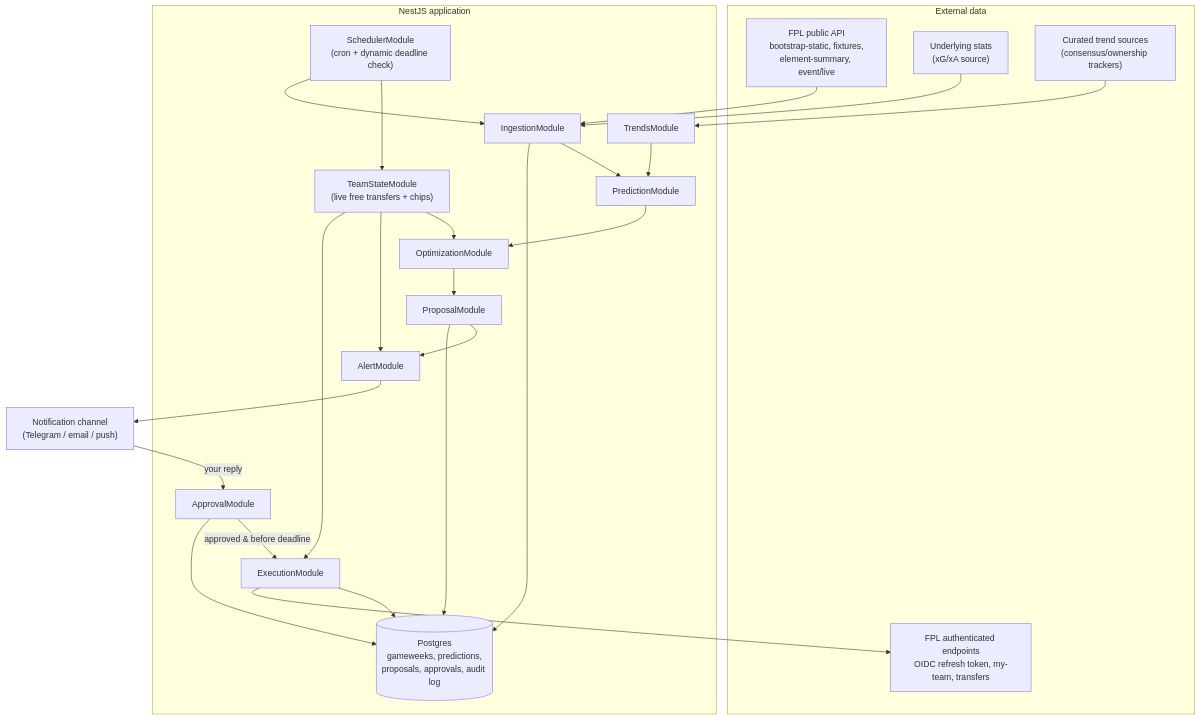
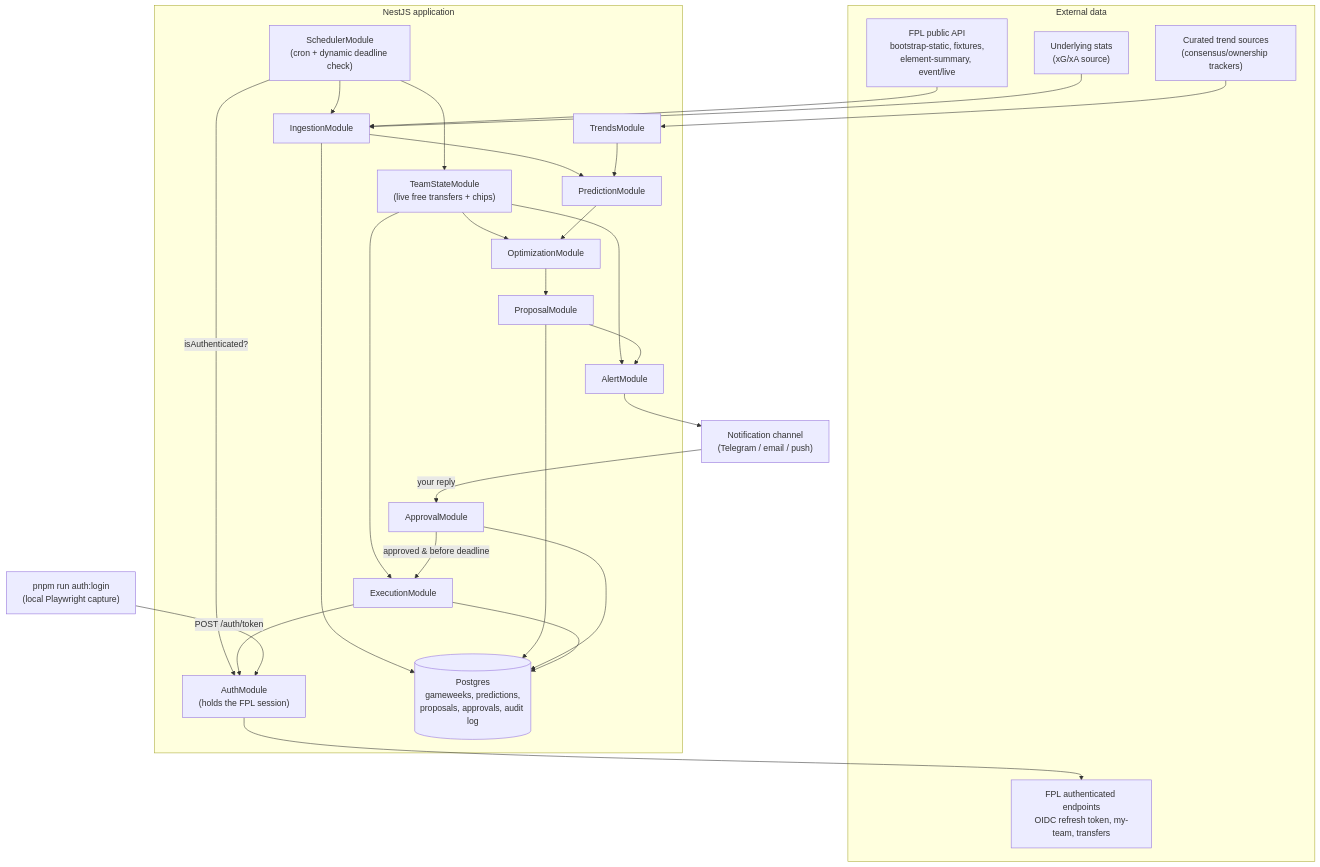
One commit to buka4rill/fpl-bot changed the first of 2 diagrams in ARCHITECTURE.md. Above: the diagram before and after it, drawn with Mermaid. The commit also changed other lines of this file and 27 other files, not shown here.

````diff
--- a/ARCHITECTURE.md
+++ b/ARCHITECTURE.md
@@ -20,47 +20,52 @@
 ```mermaid
 flowchart TB
     subgraph External["External data"]
         FPLPUB["FPL public API<br/>bootstrap-static, fixtures,<br/>element-summary, event/live"]
         UNDERSTAT["Underlying stats<br/>(xG/xA source)"]
         TRENDS["Curated trend sources<br/>(consensus/ownership trackers)"]
         FPLAUTH["FPL authenticated endpoints<br/>OIDC refresh token, my-team, transfers"]
     end
 
     subgraph Nest["NestJS application"]
         SCHED["SchedulerModule<br/>(cron + dynamic deadline check)"]
         INGEST["IngestionModule"]
         TRENDSMOD["TrendsModule"]
         PREDICT["PredictionModule"]
         OPT["OptimizationModule"]
         TEAMSTATE["TeamStateModule<br/>(live free transfers + chips)"]
         PROPOSAL["ProposalModule"]
         ALERT["AlertModule"]
         APPROVAL["ApprovalModule"]
         EXEC["ExecutionModule"]
+        AUTH["AuthModule<br/>(holds the FPL session)"]
         DB[("Postgres<br/>gameweeks, predictions,<br/>proposals, approvals, audit log")]
     end
 
     NOTIFY["Notification channel<br/>(Telegram / email / push)"]
+    LOCALLOGIN["pnpm run auth:login<br/>(local Playwright capture)"]
 
     FPLPUB --> INGEST
     UNDERSTAT --> INGEST
     TRENDS --> TRENDSMOD
     SCHED --> INGEST
     SCHED --> TEAMSTATE
+    SCHED -->|isAuthenticated?| AUTH
     TEAMSTATE --> EXEC
     TEAMSTATE --> ALERT
     TEAMSTATE --> OPT
     INGEST --> DB
     INGEST --> PREDICT
     TRENDSMOD --> PREDICT
     PREDICT --> OPT
     OPT --> PROPOSAL
     PROPOSAL --> DB
     PROPOSAL --> ALERT
     ALERT --> NOTIFY
     NOTIFY -->|your reply| APPROVAL
     APPROVAL --> DB
     APPROVAL -->|approved & before deadline| EXEC
-    EXEC --> FPLAUTH
+    EXEC --> AUTH
+    AUTH --> FPLAUTH
     EXEC --> DB
+    LOCALLOGIN -->|POST /auth/token| AUTH
 ```
````
